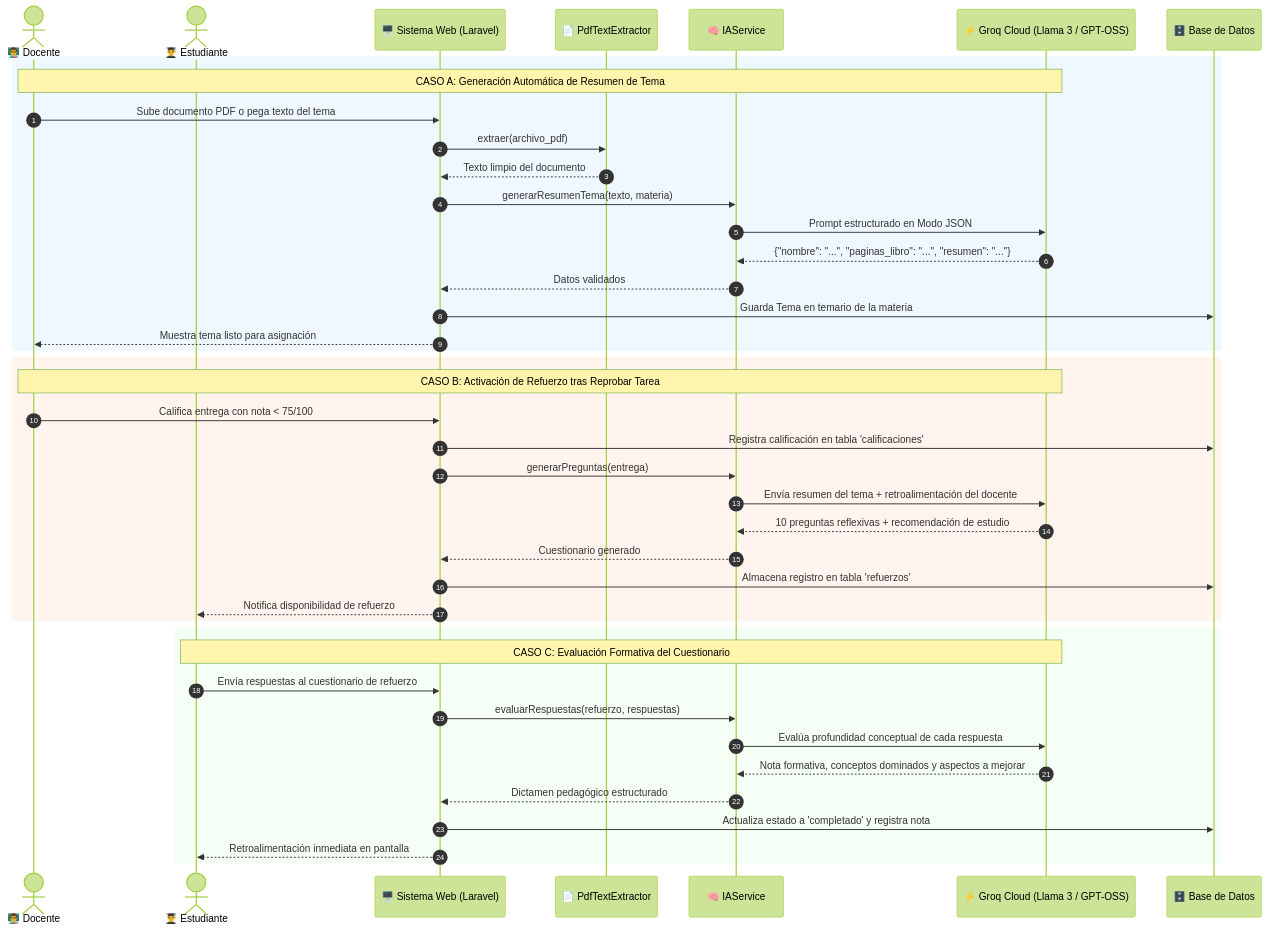
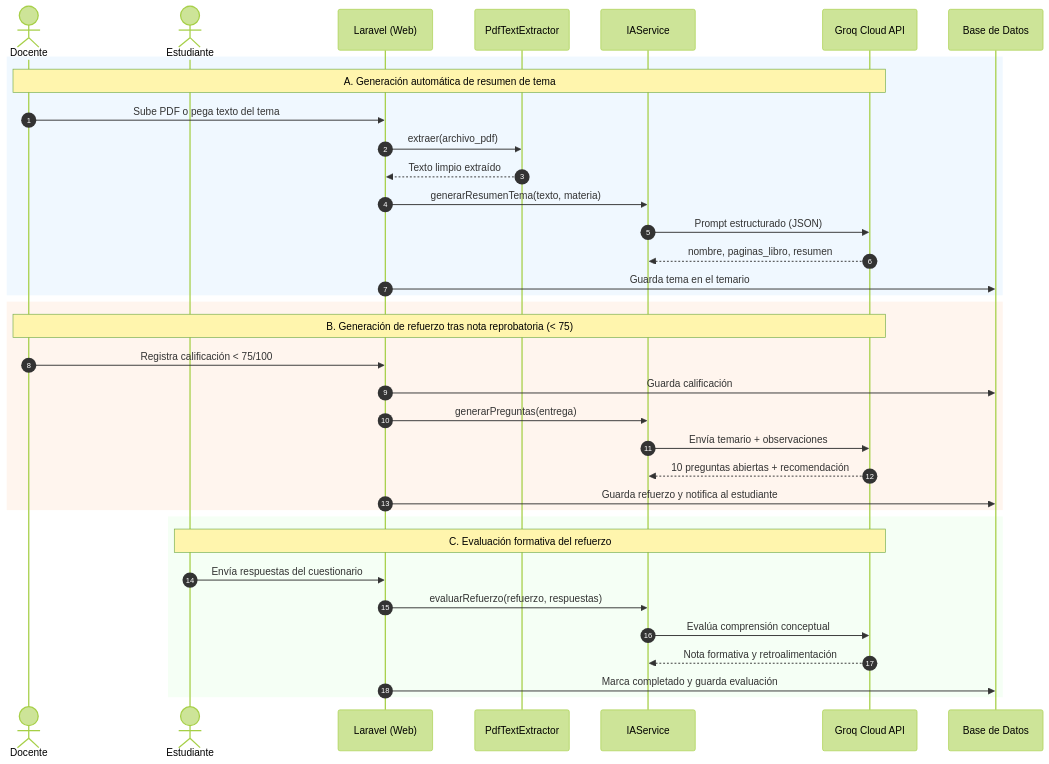
Before and after one commit to jhonny4jnoHuchani/proyecto_psicologica_v2: the first of 2 diagrams in README.md, drawn with Mermaid (forest theme). The commit also changed other lines of this file and 47 other files, not shown here.

````diff
--- a/README.md
+++ b/README.md
@@ -51,50 +93,41 @@
 ```mermaid
 sequenceDiagram
     autonumber
-    actor Docente as 👨‍🏫 Docente
-    actor Alumno as 👨‍🎓 Estudiante
-    participant Sistema as 🖥️ Sistema Web (Laravel)
-    participant Extractor as 📄 PdfTextExtractor
-    participant IAService as 🧠 IAService
-    participant Groq as ⚡ Groq Cloud (Llama 3 / GPT-OSS)
-    participant BD as 🗄️ Base de Datos
+    actor Docente as Docente
+    actor Alumno as Estudiante
+    participant Sistema as Laravel (Web)
+    participant Extractor as PdfTextExtractor
+    participant IAService as IAService
+    participant Groq as Groq Cloud API
+    participant BD as Base de Datos
 
-    %% Caso A: Creación de Tema con IA
     rect rgb(240, 248, 255)
-    Note over Docente, Groq: CASO A: Generación Automática de Resumen de Tema
-    Docente->>Sistema: Sube documento PDF o pega texto del tema
+    Note over Docente, Groq: A. Generación automática de resumen de tema
+    Docente->>Sistema: Sube PDF o pega texto del tema
     Sistema->>Extractor: extraer(archivo_pdf)
-    Extractor-->>Sistema: Texto limpio del documento
+    Extractor-->>Sistema: Texto limpio extraído
     Sistema->>IAService: generarResumenTema(texto, materia)
-    IAService->>Groq: Prompt estructurado en Modo JSON
-    Groq-->>IAService: {"nombre": "...", "paginas_libro": "...", "resumen": "..."}
-    IAService-->>Sistema: Datos validados
-    Sistema->>BD: Guarda Tema en temario de la materia
-    Sistema-->>Docente: Muestra tema listo para asignación
+    IAService->>Groq: Prompt estructurado (JSON)
+    Groq-->>IAService: nombre, paginas_libro, resumen
+    Sistema->>BD: Guarda tema en el temario
     end
 
-    %% Caso B: Calificación y Generación de Refuerzo
     rect rgb(255, 245, 238)
-    Note over Docente, Groq: CASO B: Activación de Refuerzo tras Reprobar Tarea
-    Docente->>Sistema: Califica entrega con nota < 75/100
-    Sistema->>BD: Registra calificación en tabla 'calificaciones'
+    Note over Docente, Groq: B. Generación de refuerzo tras nota reprobatoria (< 75)
+    Docente->>Sistema: Registra calificación < 75/100
+    Sistema->>BD: Guarda calificación
     Sistema->>IAService: generarPreguntas(entrega)
-    IAService->>Groq: Envía resumen del tema + retroalimentación del docente
-    Groq-->>IAService: 10 preguntas reflexivas + recomendación de estudio
-    IAService-->>Sistema: Cuestionario generado
-    Sistema->>BD: Almacena registro en tabla 'refuerzos'
-    Sistema-->>Alumno: Notifica disponibilidad de refuerzo
+    IAService->>Groq: Envía temario + observaciones
+    Groq-->>IAService: 10 preguntas abiertas + recomendación
+    Sistema->>BD: Guarda refuerzo y notifica al estudiante
     end
 
-    %% Caso C: Resolución y Calificación del Refuerzo
     rect rgb(245, 255, 245)
-    Note over Alumno, Groq: CASO C: Evaluación Formativa del Cuestionario
-    Alumno->>Sistema: Envía respuestas al cuestionario de refuerzo
-    Sistema->>IAService: evaluarRespuestas(refuerzo, respuestas)
-    IAService->>Groq: Evalúa profundidad conceptual de cada respuesta
-    Groq-->>IAService: Nota formativa, conceptos dominados y aspectos a mejorar
-    IAService-->>Sistema: Dictamen pedagógico estructurado
-    Sistema->>BD: Actualiza estado a 'completado' y registra nota
-    Sistema-->>Alumno: Retroalimentación inmediata en pantalla
+    Note over Alumno, Groq: C. Evaluación formativa del refuerzo
+    Alumno->>Sistema: Envía respuestas del cuestionario
+    Sistema->>IAService: evaluarRefuerzo(refuerzo, respuestas)
+    IAService->>Groq: Evalúa comprensión conceptual
+    Groq-->>IAService: Nota formativa y retroalimentación
+    Sistema->>BD: Marca completado y guarda evaluación
     end
 ```
````
